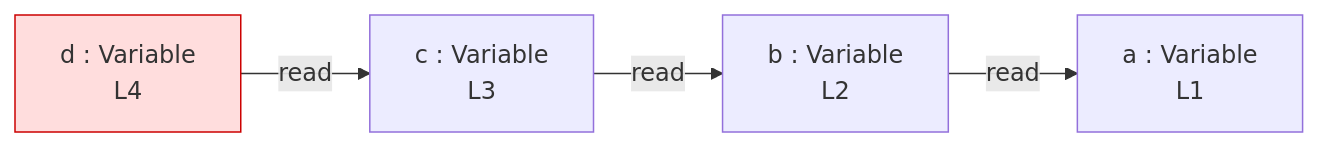
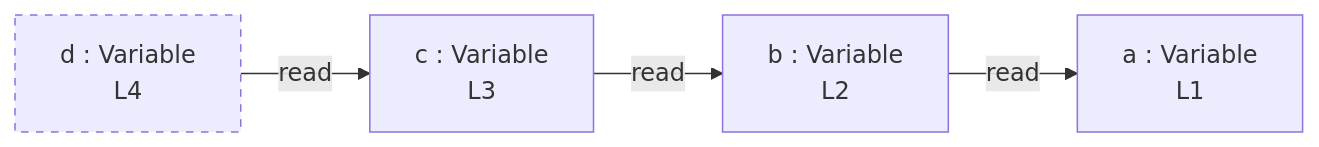
Before and after one commit to crescware/unsnarl: the diagram in integration/fixtures/minimal-const-chain/preview.md, drawn with Mermaid. The commit also changed 19 other files, not shown here.

First line of the commit message:
feat(mermaid): drop fill/stroke colors so dark mode is supported

````diff
--- a/integration/fixtures/minimal-const-chain/preview.md
+++ b/integration/fixtures/minimal-const-chain/preview.md
@@ -14,12 +14,12 @@
 ```mermaid
 flowchart LR
   n_scope_0_a_6["a : Variable\nL1"]
   n_scope_0_b_21["b : Variable\nL2"]
   n_scope_0_c_36["c : Variable\nL3"]
   n_scope_0_d_60["d : Variable\nL4"]
   n_scope_0_b_21 -->|read| n_scope_0_a_6
   n_scope_0_c_36 -->|read| n_scope_0_b_21
   n_scope_0_d_60 -->|read| n_scope_0_c_36
-  classDef unused fill:#fdd,stroke:#c00;
+  classDef unused stroke-dasharray: 5 5;
   class n_scope_0_d_60 unused;
 ```
````
